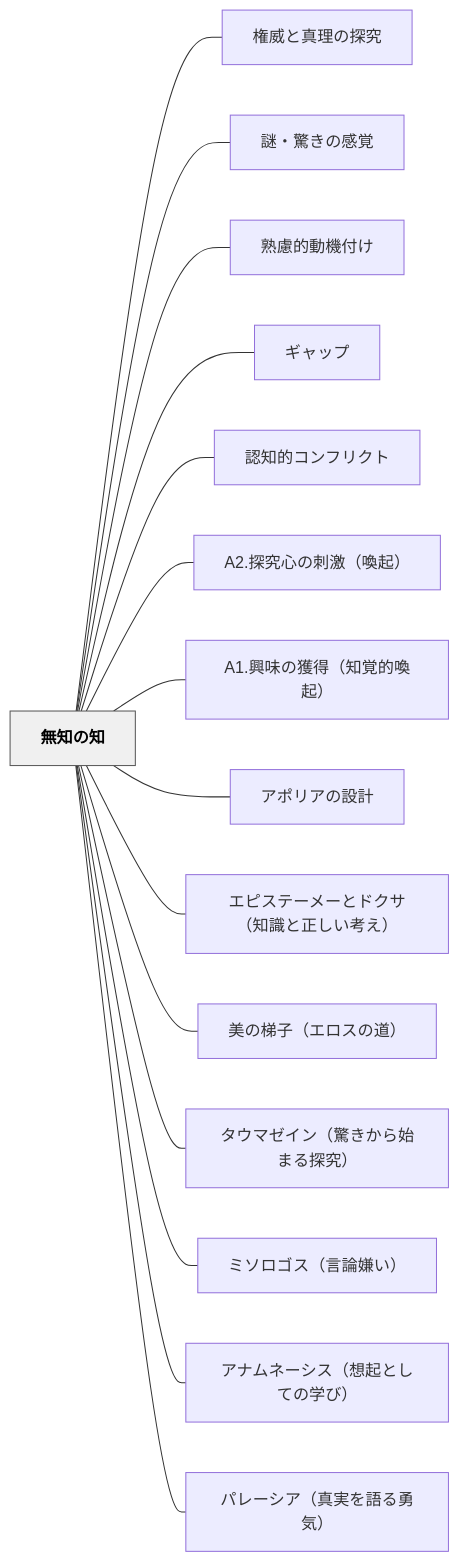
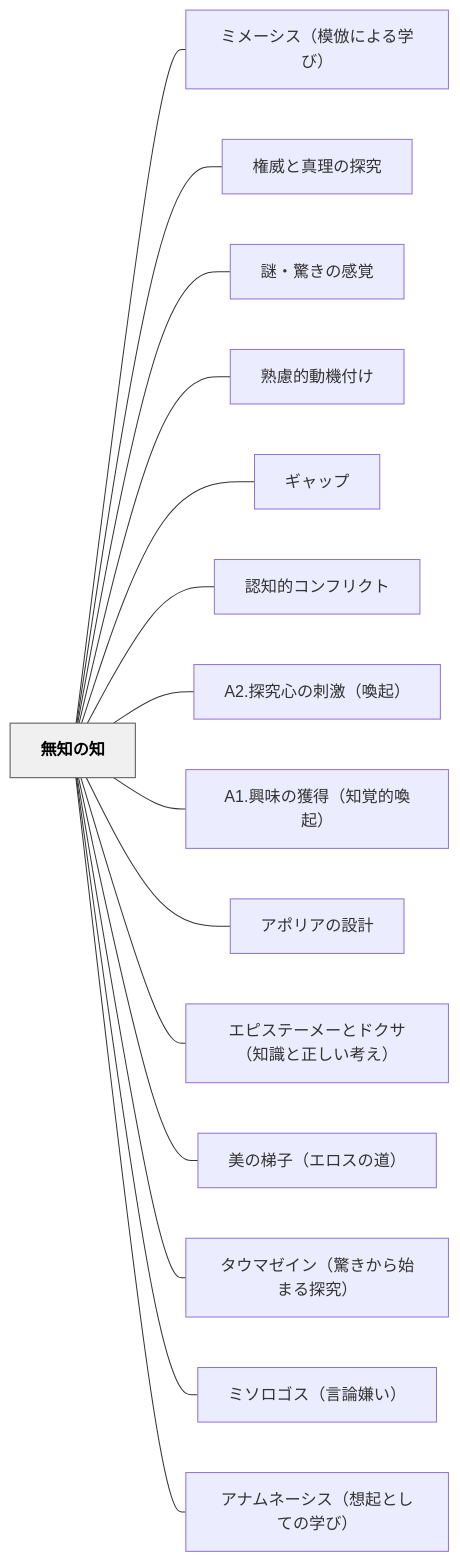
One commit to unknownthings-ed-patterns/unknownthings-ed-patterns changed the diagram in content/パタン/無知の知.md. Above: the diagram before and after it, drawn with Mermaid. The commit also changed other lines of this file and 13 other files, not shown here.

````diff
--- a/content/パタン/無知の知.md
+++ b/content/パタン/無知の知.md
@@ -174,36 +207,36 @@
 ```mermaid
 flowchart LR
     ne784a1e79fa5e381aee79fa5["無知の知"]
+    ne3839fe383a1e383bce382b7e382b9efbc88e6a8a1e580a3e381abe38288e3828be5ada6e381b3efbc89["ミメーシス（模倣による学び）"]
     ne6a8a9e5a881e381a8e79c9fe79086e381aee68ea2e7a9b6["権威と真理の探究"]
     ne8ac8ee383bbe9a99ae3818de381aee6849fe8a69a["謎・驚きの感覚"]
     ne7869fe685aee79a84e58b95e6a99fe4bb98e38191["熟慮的動機付け"]
     ne382aee383a3e38383e38397["ギャップ"]
     ne8aa8de79fa5e79a84e382b3e383b3e38395e383aae382afe38388["認知的コンフリクト"]
     n41322ee68ea2e7a9b6e5bf83e381aee588bae6bf80efbc88e5969ae8b5b7efbc89["A2.探究心の刺激（喚起）"]
     n41312ee88888e591b3e381aee78db2e5be97efbc88e79fa5e8a69ae79a84e5969ae8b5b7efbc89["A1.興味の獲得（知覚的喚起）"]
     ne382a2e3839de383aae382a2e381aee8a8ade8a888["アポリアの設計"]
     ne382a8e38394e382b9e38386e383bce383a1e383bce381a8e38389e382afe382b5efbc88e79fa5e8ad98e381a8e6ada3e38197e38184e88083e38188efbc89["エピステーメーとドクサ（知識と正しい考え）"]
     ne7be8ee381aee6a2afe5ad90efbc88e382a8e383ade382b9e381aee98193efbc89["美の梯子（エロスの道）"]
     ne382bfe382a6e3839ee382bce382a4e383b3efbc88e9a99ae3818de3818be38289e5a78be381bee3828be68ea2e7a9b6efbc89["タウマゼイン（驚きから始まる探究）"]
     ne3839fe382bde383ade382b4e382b9efbc88e8a880e8ab96e5ab8ce38184efbc89["ミソロゴス（言論嫌い）"]
     ne382a2e3838ae383a0e3838de383bce382b7e382b9efbc88e683b3e8b5b7e381a8e38197e381a6e381aee5ada6e381b3efbc89["アナムネーシス（想起としての学び）"]
-    ne38391e383ace383bce382b7e382a2efbc88e79c9fe5ae9fe38292e8aa9ee3828be58b87e6b097efbc89["パレーシア（真実を語る勇気）"]
 
+    ne784a1e79fa5e381aee79fa5 --- ne3839fe383a1e383bce382b7e382b9efbc88e6a8a1e580a3e381abe38288e3828be5ada6e381b3efbc89
     ne784a1e79fa5e381aee79fa5 --- ne6a8a9e5a881e381a8e79c9fe79086e381aee68ea2e7a9b6
     ne784a1e79fa5e381aee79fa5 --- ne8ac8ee383bbe9a99ae3818de381aee6849fe8a69a
     ne784a1e79fa5e381aee79fa5 --- ne7869fe685aee79a84e58b95e6a99fe4bb98e38191
     ne784a1e79fa5e381aee79fa5 --- ne382aee383a3e38383e38397
     ne784a1e79fa5e381aee79fa5 --- ne8aa8de79fa5e79a84e382b3e383b3e38395e383aae382afe38388
     ne784a1e79fa5e381aee79fa5 --- n41322ee68ea2e7a9b6e5bf83e381aee588bae6bf80efbc88e5969ae8b5b7efbc89
     ne784a1e79fa5e381aee79fa5 --- n41312ee88888e591b3e381aee78db2e5be97efbc88e79fa5e8a69ae79a84e5969ae8b5b7efbc89
     ne784a1e79fa5e381aee79fa5 --- ne382a2e3839de383aae382a2e381aee8a8ade8a888
     ne784a1e79fa5e381aee79fa5 --- ne382a8e38394e382b9e38386e383bce383a1e383bce381a8e38389e382afe382b5efbc88e79fa5e8ad98e381a8e6ada3e38197e38184e88083e38188efbc89
     ne784a1e79fa5e381aee79fa5 --- ne7be8ee381aee6a2afe5ad90efbc88e382a8e383ade382b9e381aee98193efbc89
     ne784a1e79fa5e381aee79fa5 --- ne382bfe382a6e3839ee382bce382a4e383b3efbc88e9a99ae3818de3818be38289e5a78be381bee3828be68ea2e7a9b6efbc89
     ne784a1e79fa5e381aee79fa5 --- ne3839fe382bde383ade382b4e382b9efbc88e8a880e8ab96e5ab8ce38184efbc89
     ne784a1e79fa5e381aee79fa5 --- ne382a2e3838ae383a0e3838de383bce382b7e382b9efbc88e683b3e8b5b7e381a8e38197e381a6e381aee5ada6e381b3efbc89
-    ne784a1e79fa5e381aee79fa5 --- ne38391e383ace383bce382b7e382a2efbc88e79c9fe5ae9fe38292e8aa9ee3828be58b87e6b097efbc89
 
     classDef hub fill:#f0f0f0,stroke:#555,color:#000,font-weight:bold
     class ne784a1e79fa5e381aee79fa5 hub
 ```
````
